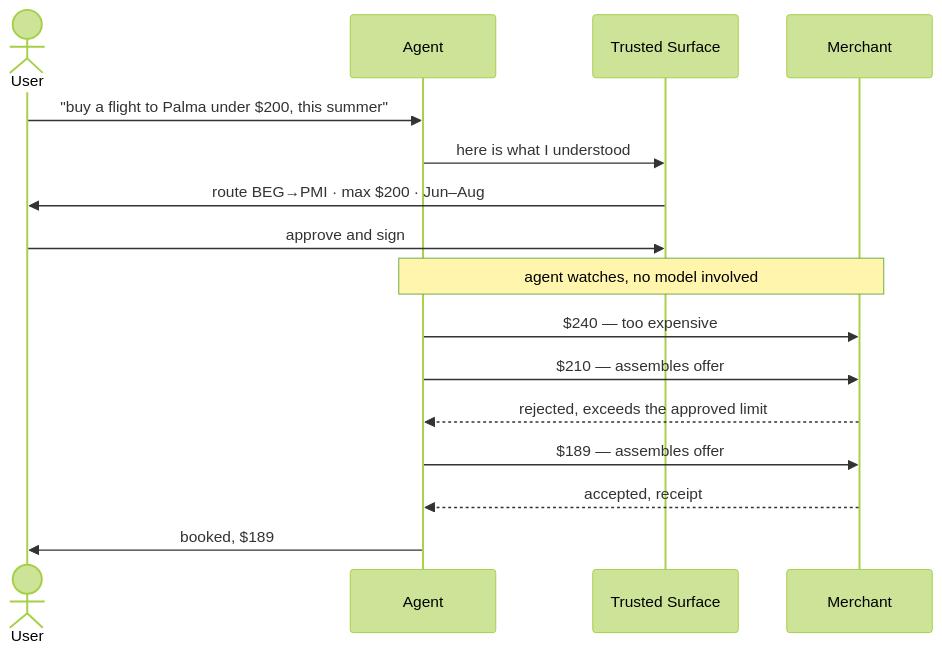
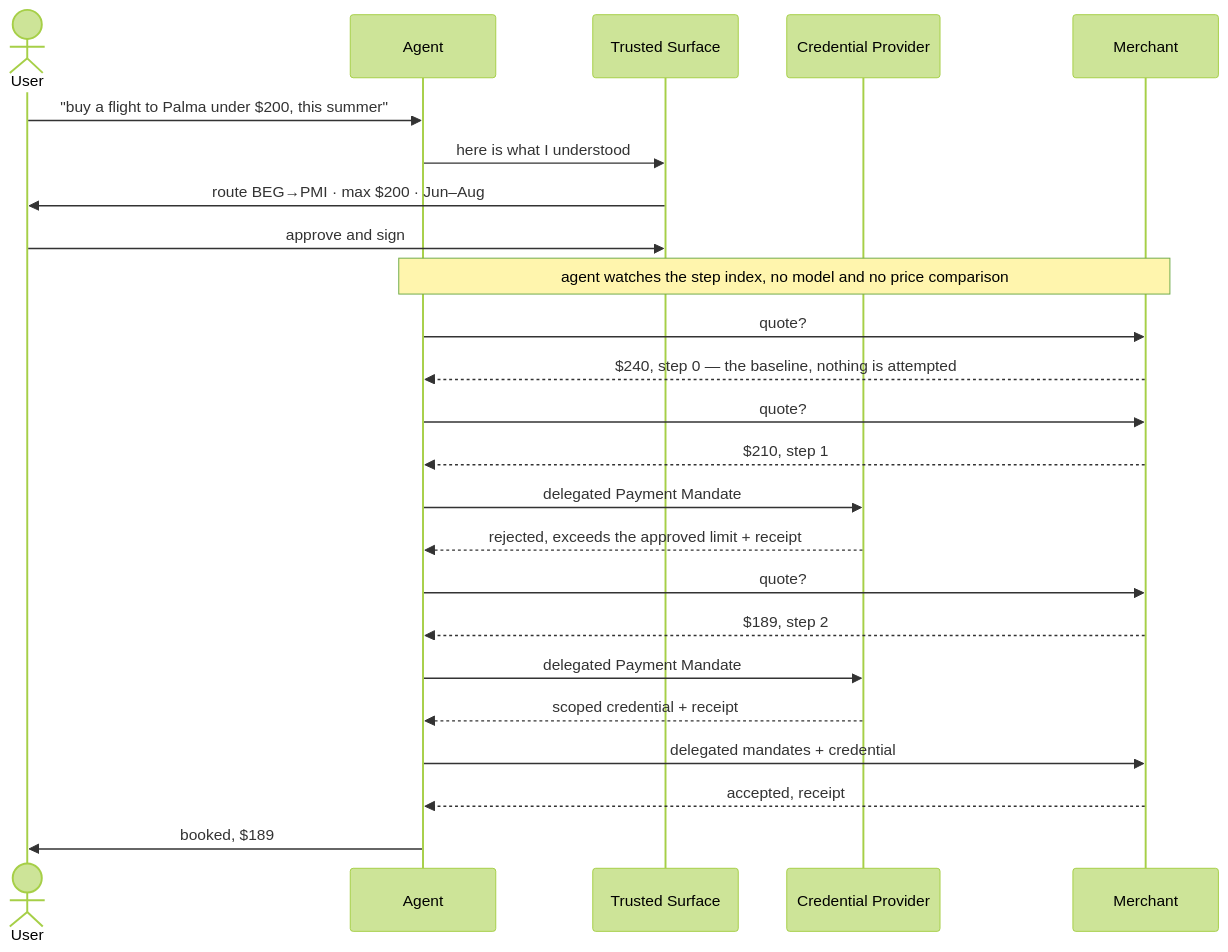
The first of 4 diagrams in docs/business/use-cases.md (SkylinePlatform/agentic-payments), drawn with Mermaid (forest theme) before and after one commit. The commit also changed other lines of this file and 31 other files, not shown here.

First line of the commit message:
feat(agent): the Shopping Agent watches a price and buys inside what the user approved (#134)

````diff
--- a/docs/business/use-cases.md
+++ b/docs/business/use-cases.md
@@ -52,18 +52,26 @@
 ```mermaid
 sequenceDiagram
     actor U as User
     participant A as Agent
     participant S as Trusted Surface
+    participant C as Credential Provider
     participant M as Merchant
     U->>A: "buy a flight to Palma under $200, this summer"
     A->>S: here is what I understood
     S->>U: route BEG→PMI · max $200 · Jun–Aug
     U->>S: approve and sign
-    Note over A,M: agent watches, no model involved
-    A->>M: $240 — too expensive
-    A->>M: $210 — assembles offer
-    M-->>A: rejected, exceeds the approved limit
-    A->>M: $189 — assembles offer
+    Note over A,M: agent watches the step index, no model and no price comparison
+    A->>M: quote?
+    M-->>A: $240, step 0 — the baseline, nothing is attempted
+    A->>M: quote?
+    M-->>A: $210, step 1
+    A->>C: delegated Payment Mandate
+    C-->>A: rejected, exceeds the approved limit + receipt
+    A->>M: quote?
+    M-->>A: $189, step 2
+    A->>C: delegated Payment Mandate
+    C-->>A: scoped credential + receipt
+    A->>M: delegated mandates + credential
     M-->>A: accepted, receipt
     A->>U: booked, $189
 ```
````
